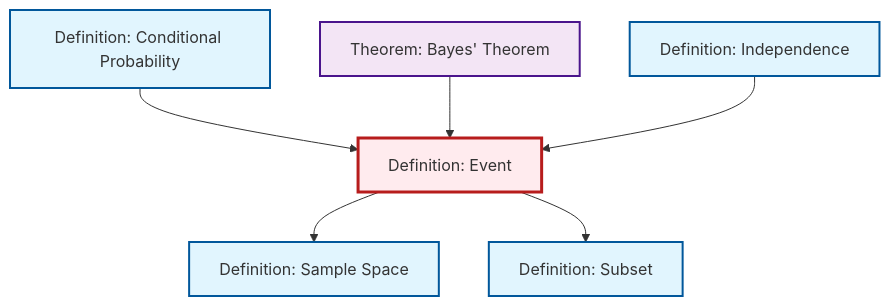
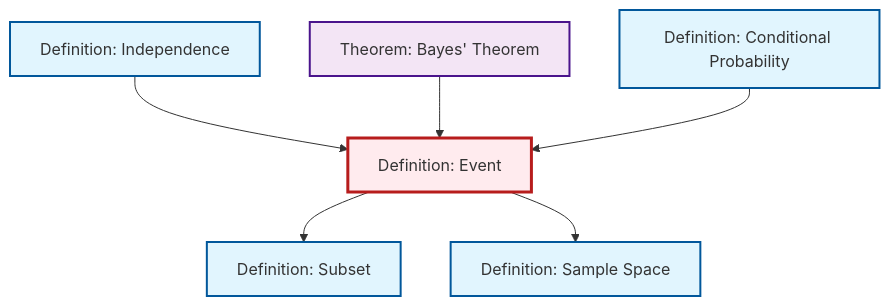
Before and after one commit to RK0429/ModernMath: the diagram in content/en/probability-statistics/def-event.qmd, drawn with Mermaid. The commit also changed other lines of this file and 634 other files, not shown here.

````diff
--- a/content/en/probability-statistics/def-event.qmd
+++ b/content/en/probability-statistics/def-event.qmd
@@ -69,26 +69,26 @@
 ```{mermaid}
 %%| fig-cap: "Local dependency graph"
 graph TD
     classDef definition fill:#e1f5fe,stroke:#01579b,stroke-width:2px
     classDef theorem fill:#f3e5f5,stroke:#4a148c,stroke-width:2px
     classDef axiom fill:#fff3e0,stroke:#e65100,stroke-width:2px
     classDef example fill:#e8f5e9,stroke:#1b5e20,stroke-width:2px
     classDef current fill:#ffebee,stroke:#b71c1c,stroke-width:3px
+    def-independence["Definition: Independence"]:::definition
+    def-conditional-probability["Definition: Conditional Probability"]:::definition
     thm-bayes["Theorem: Bayes' Theorem"]:::theorem
     def-event["Definition: Event"]:::definition
     def-subset["Definition: Subset"]:::definition
-    def-independence["Definition: Independence"]:::definition
     def-sample-space["Definition: Sample Space"]:::definition
-    def-conditional-probability["Definition: Conditional Probability"]:::definition
+    def-independence --> def-event
+    thm-bayes --> def-event
     def-conditional-probability --> def-event
-    thm-bayes --> def-event
-    def-independence --> def-event
+    def-event --> def-subset
     def-event --> def-sample-space
-    def-event --> def-subset
     class def-event current
+    click def-independence "def-independence.html" "Go to Independence definition"
+    click def-conditional-probability "def-conditional-probability.html" "Go to Conditional Probability definition"
     click thm-bayes "thm-bayes.html" "Go to Bayes' Theorem theorem"
     click def-subset "def-subset.html" "Go to Subset definition"
-    click def-independence "def-independence.html" "Go to Independence definition"
     click def-sample-space "def-sample-space.html" "Go to Sample Space definition"
-    click def-conditional-probability "def-conditional-probability.html" "Go to Conditional Probability definition"
 ```
````
